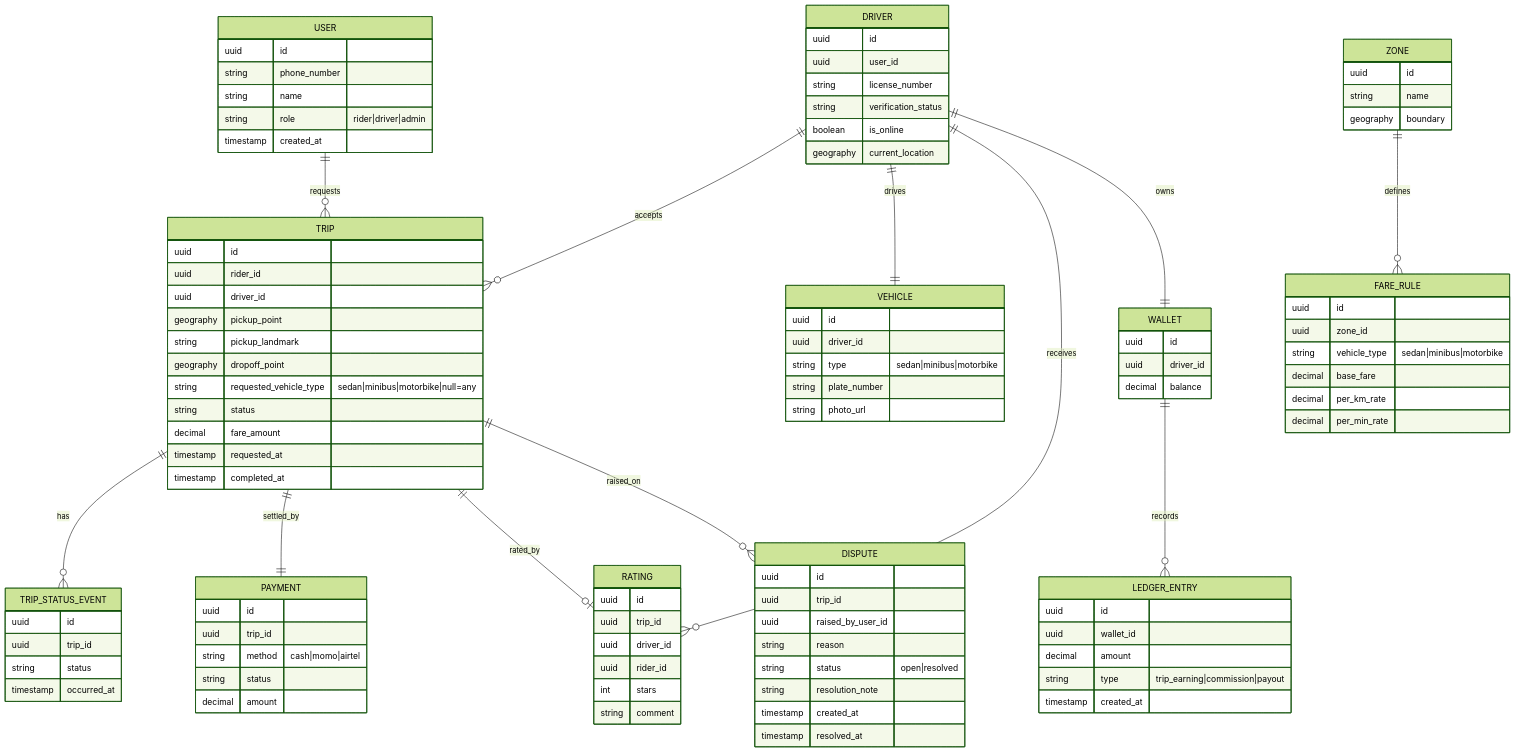
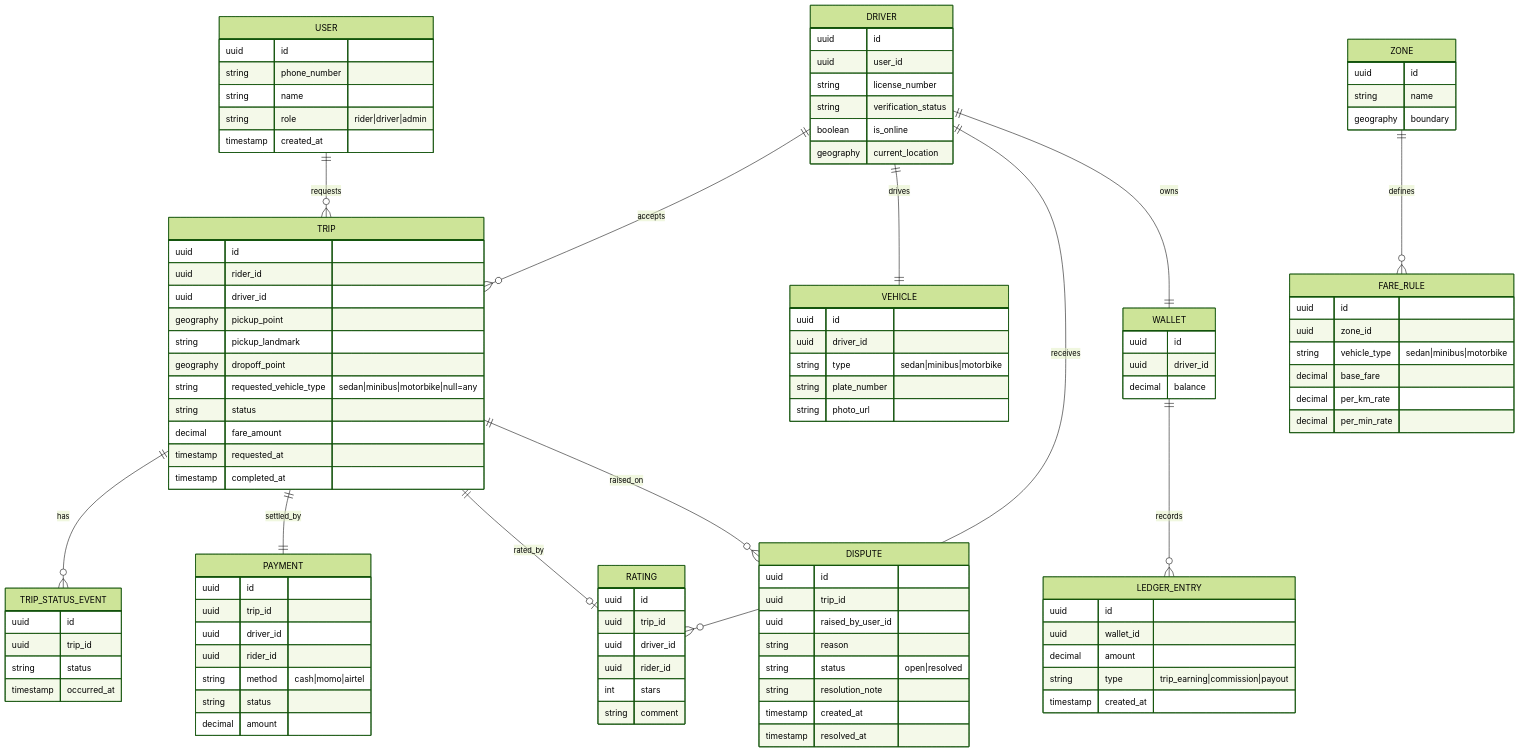
One commit to Kamela1987/Project1- changed the second of 3 diagrams in docs/MONZE_RIDE_ARCHITECTURE.md. Above: the diagram before and after it, drawn with Mermaid (forest theme). The commit also changed 6 other files, not shown here.

```diff
--- a/docs/MONZE_RIDE_ARCHITECTURE.md
+++ b/docs/MONZE_RIDE_ARCHITECTURE.md
@@ -161,6 +161,8 @@
     PAYMENT {
         uuid id
         uuid trip_id
+        uuid driver_id
+        uuid rider_id
         string method "cash|momo|airtel"
         string status
         decimal amount
```
